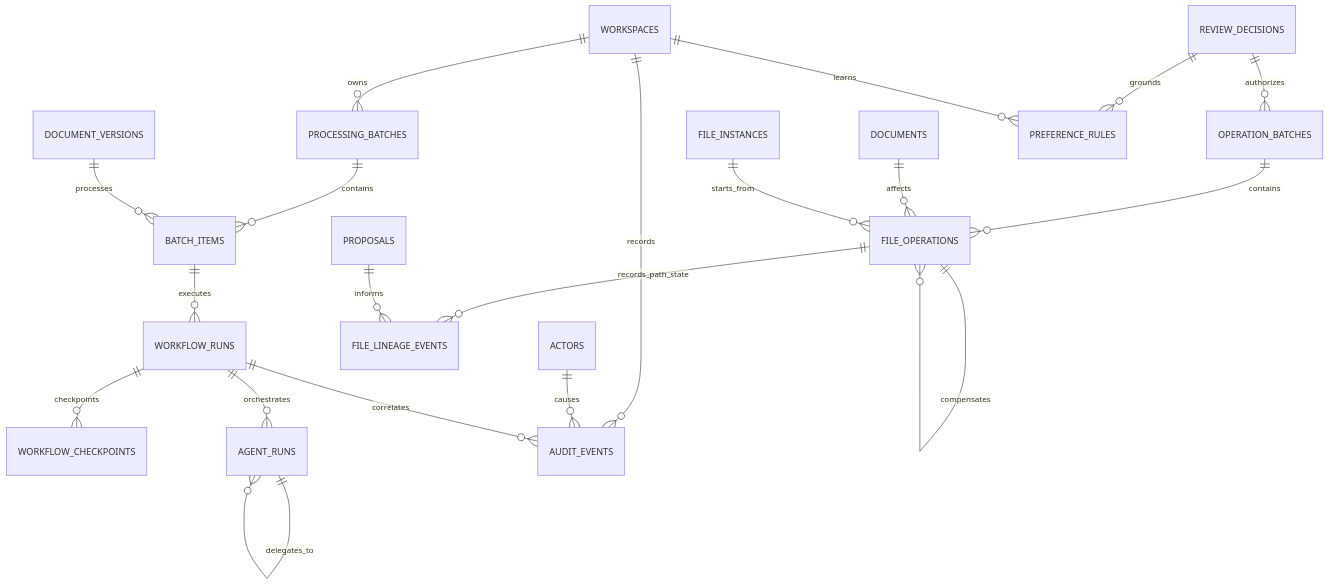
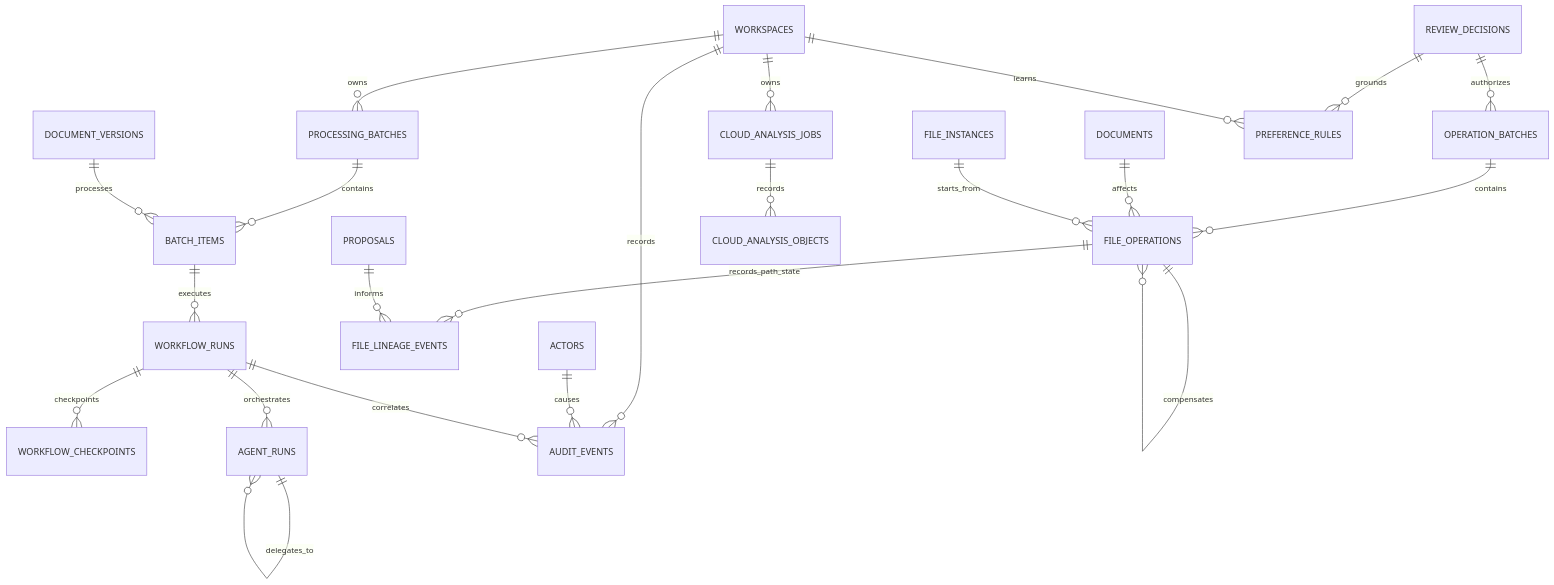
The third of 3 diagrams in docs/architecture/cockroachdb-entity-relationship.md (alessandrob1-star/cockroachdb-aws-agentic-memory-docweave), drawn with Mermaid before and after one commit. The commit also changed 12 other files, not shown here.

Commit message:
Persist cloud analysis observations in CockroachDB (#111)

````diff
--- a/docs/architecture/cockroachdb-entity-relationship.md
+++ b/docs/architecture/cockroachdb-entity-relationship.md
@@ -75,26 +75,29 @@
 ```mermaid
 erDiagram
     WORKSPACES ||--o{ PROCESSING_BATCHES : owns
     PROCESSING_BATCHES ||--o{ BATCH_ITEMS : contains
     DOCUMENT_VERSIONS ||--o{ BATCH_ITEMS : processes
 
     BATCH_ITEMS ||--o{ WORKFLOW_RUNS : executes
     WORKFLOW_RUNS ||--o{ WORKFLOW_CHECKPOINTS : checkpoints
     WORKFLOW_RUNS ||--o{ AGENT_RUNS : orchestrates
     AGENT_RUNS ||--o{ AGENT_RUNS : delegates_to
 
     REVIEW_DECISIONS ||--o{ OPERATION_BATCHES : authorizes
     OPERATION_BATCHES ||--o{ FILE_OPERATIONS : contains
     DOCUMENTS ||--o{ FILE_OPERATIONS : affects
     FILE_INSTANCES ||--o{ FILE_OPERATIONS : starts_from
     FILE_OPERATIONS ||--o{ FILE_OPERATIONS : compensates
     FILE_OPERATIONS ||--o{ FILE_LINEAGE_EVENTS : records_path_state
     PROPOSALS ||--o{ FILE_LINEAGE_EVENTS : informs
 
+    WORKSPACES ||--o{ CLOUD_ANALYSIS_JOBS : owns
+    CLOUD_ANALYSIS_JOBS ||--o{ CLOUD_ANALYSIS_OBJECTS : records
+
     REVIEW_DECISIONS ||--o{ PREFERENCE_RULES : grounds
     WORKSPACES ||--o{ PREFERENCE_RULES : learns
 
     WORKSPACES ||--o{ AUDIT_EVENTS : records
     ACTORS ||--o{ AUDIT_EVENTS : causes
     WORKFLOW_RUNS ||--o{ AUDIT_EVENTS : correlates
 ```
````
